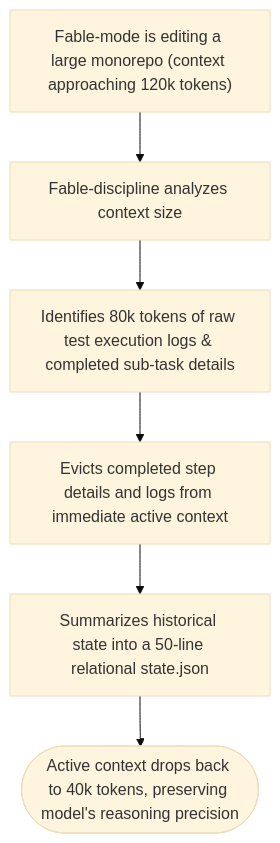
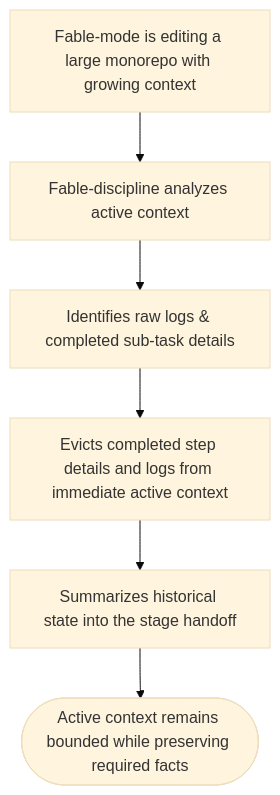
One commit to dyphn1/Harness-everything changed the third of 3 diagrams in docs/workflows/fable-discipline.md. Above: the diagram before and after it, drawn with Mermaid (base theme). The commit also changed other lines of this file and 59 other files, not shown here.

````diff
--- a/docs/workflows/fable-discipline.md
+++ b/docs/workflows/fable-discipline.md
@@ -42,8 +42,8 @@
 ```mermaid
 graph TD
-  Start["Fable-mode is editing a large monorepo (context approaching 120k tokens)"] --> Monitor["Fable-discipline analyzes context size"]
-  Monitor --> TriggerPruning["Identifies 80k tokens of raw test execution logs & completed sub-task details"]
+  Start["Fable-mode is editing a large monorepo with growing context"] --> Monitor["Fable-discipline analyzes active context"]
+  Monitor --> TriggerPruning["Identifies raw logs & completed sub-task details"]
   TriggerPruning --> Clean["Evicts completed step details and logs from immediate active context"]
-  Clean --> Compress["Summarizes historical state into a 50-line relational state.json"]
-  Compress --> Done([Active context drops back to 40k tokens, preserving model's reasoning precision])
+  Clean --> Compress["Summarizes historical state into the stage handoff"]
+  Compress --> Done([Active context remains bounded while preserving required facts])
 ```
````
